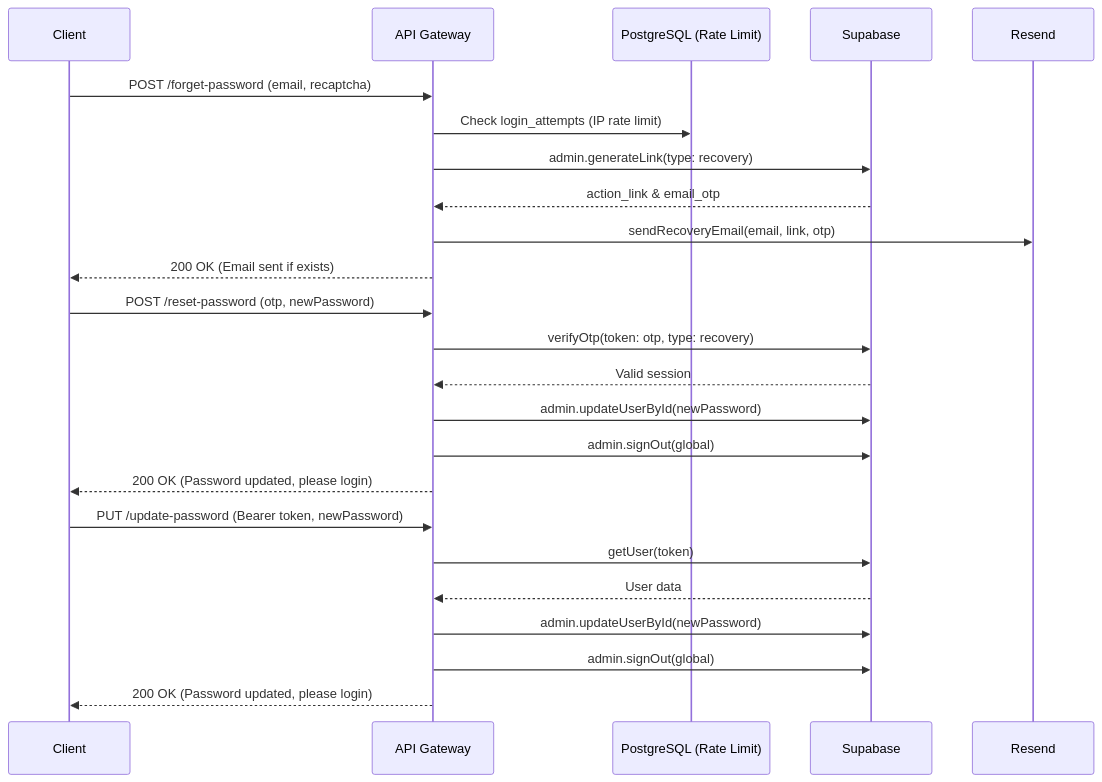
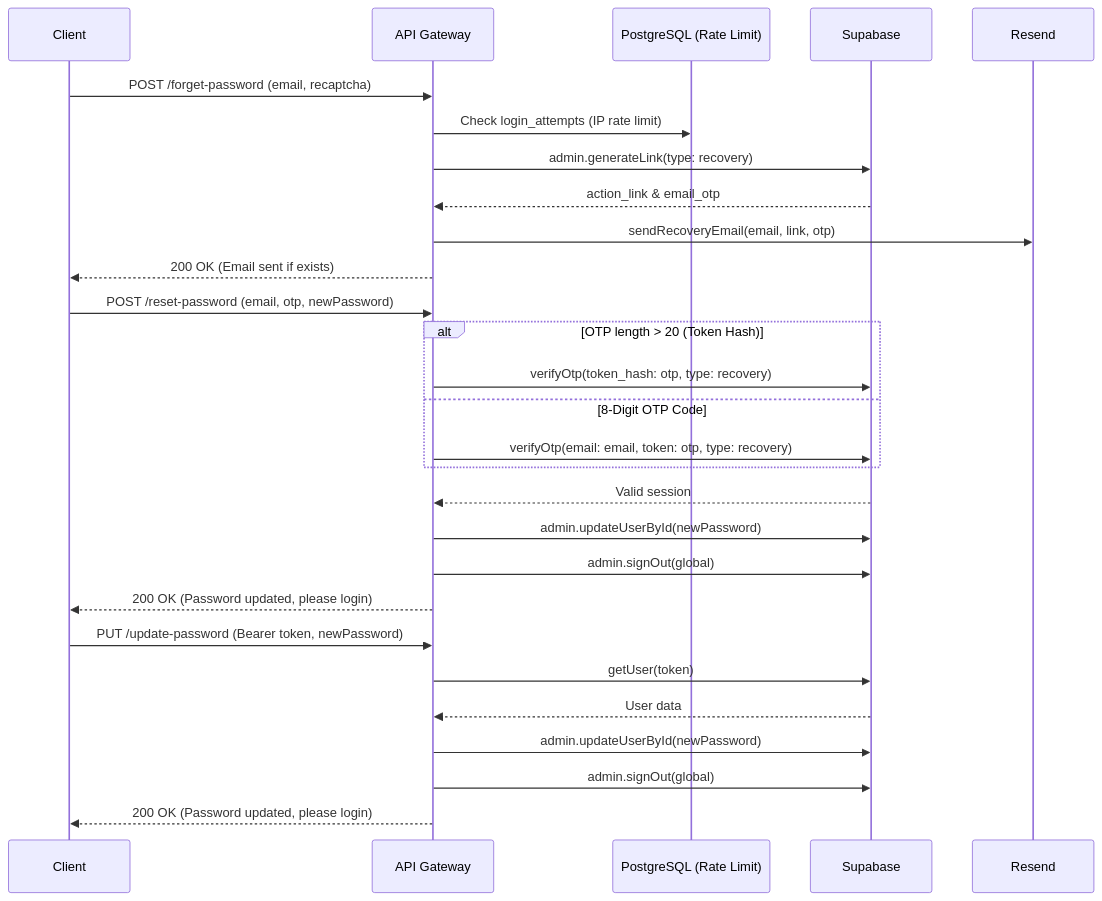
One commit to kanzhamada/Dokyudo changed the diagram in docs/backend/auth-password-reset.md. Above: the diagram before and after it, drawn with Mermaid. The commit also changed other lines of this file and 2 other files, not shown here.

First line of the commit message:
Update reset password flow to require email

````diff
--- a/docs/backend/auth-password-reset.md
+++ b/docs/backend/auth-password-reset.md
@@ -20,32 +20,36 @@
 ```mermaid
 sequenceDiagram
     participant Client
     participant GW as API Gateway
     participant DB as PostgreSQL (Rate Limit)
     participant Supabase
     participant Resend
 
     %% Forget Password Flow
     Client->>GW: POST /forget-password (email, recaptcha)
     GW->>DB: Check login_attempts (IP rate limit)
     GW->>Supabase: admin.generateLink(type: recovery)
     Supabase-->>GW: action_link & email_otp
     GW->>Resend: sendRecoveryEmail(email, link, otp)
     GW-->>Client: 200 OK (Email sent if exists)
 
     %% Reset via OTP (Manual Entry)
-    Client->>GW: POST /reset-password (otp, newPassword)
-    GW->>Supabase: verifyOtp(token: otp, type: recovery)
+    Client->>GW: POST /reset-password (email, otp, newPassword)
+    alt OTP length > 20 (Token Hash)
+        GW->>Supabase: verifyOtp(token_hash: otp, type: recovery)
+    else 8-Digit OTP Code
+        GW->>Supabase: verifyOtp(email: email, token: otp, type: recovery)
+    end
     Supabase-->>GW: Valid session
     GW->>Supabase: admin.updateUserById(newPassword)
     GW->>Supabase: admin.signOut(global)
     GW-->>Client: 200 OK (Password updated, please login)
 
     %% Update via Bearer Token (Magic Link Click or Profile Page)
     Client->>GW: PUT /update-password (Bearer token, newPassword)
     GW->>Supabase: getUser(token)
     Supabase-->>GW: User data
     GW->>Supabase: admin.updateUserById(newPassword)
     GW->>Supabase: admin.signOut(global)
     GW-->>Client: 200 OK (Password updated, please login)
 ```
````
